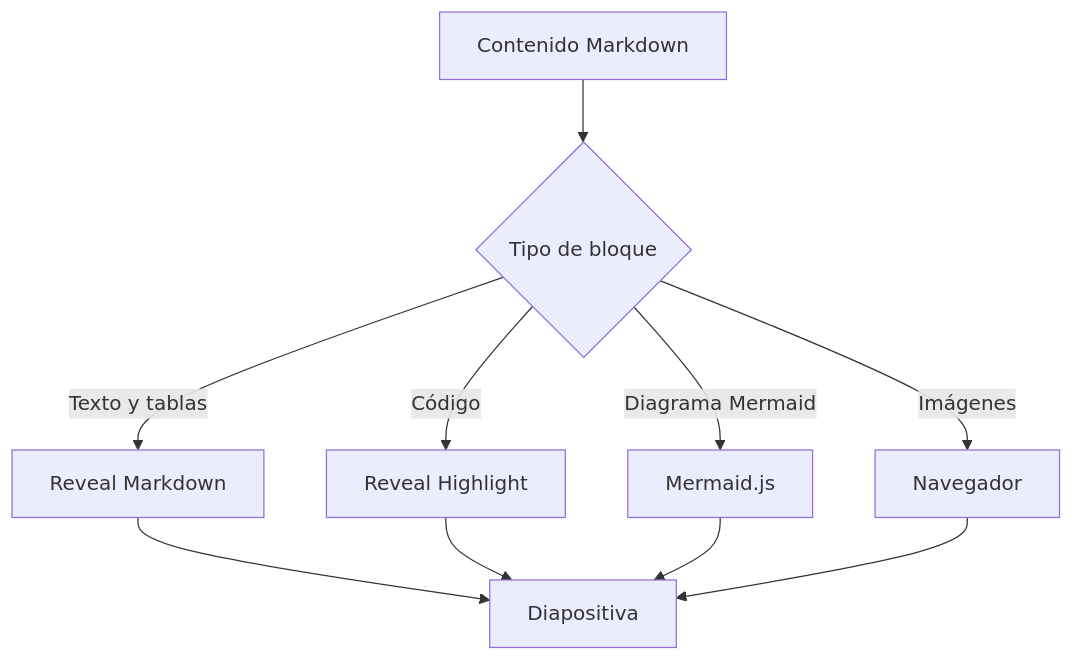
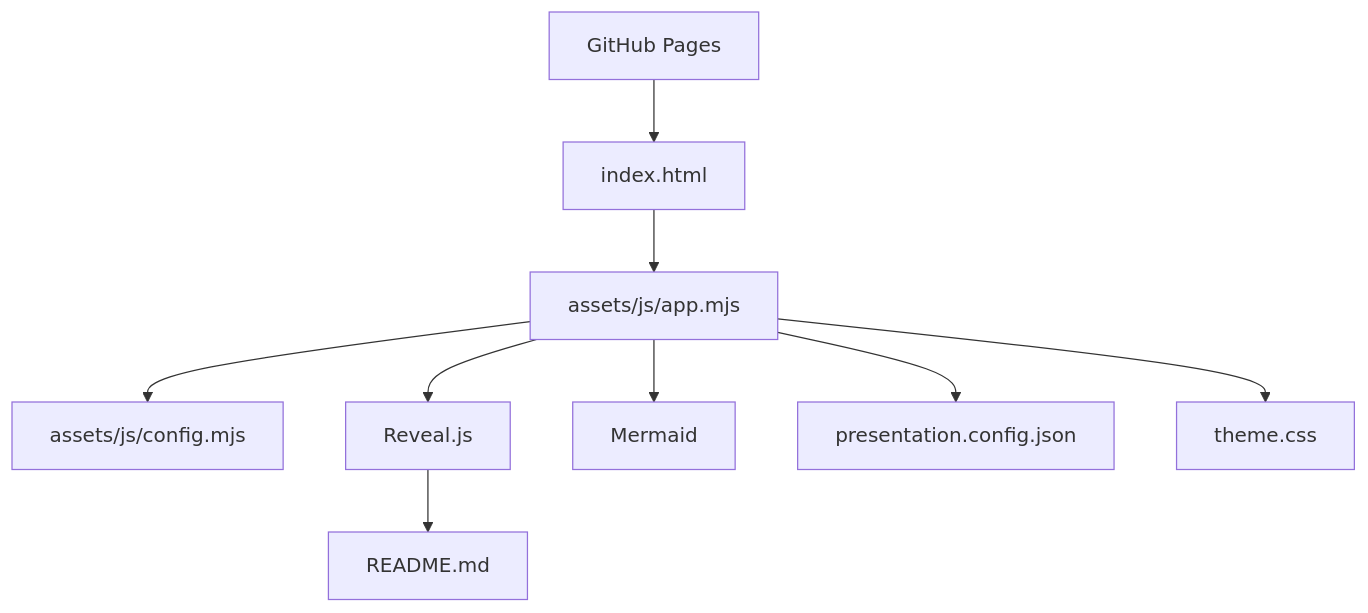
One commit to jorgektch/readme-to-slides changed the second of 4 diagrams in README.md. Above: the diagram before and after it, drawn with Mermaid. The commit also changed other lines of this file and 19 other files, not shown here.

````diff
--- a/README.md
+++ b/README.md
@@ -83,12 +106,11 @@
 ```mermaid
 flowchart TD
-    A["Contenido Markdown"] --> B{"Tipo de bloque"}
-    B -->|"Texto y tablas"| C["Reveal Markdown"]
-    B -->|"Código"| D["Reveal Highlight"]
-    B -->|"Diagrama Mermaid"| E["Mermaid.js"]
-    B -->|"Imágenes"| F["Navegador"]
-    C --> G["Diapositiva"]
-    D --> G
-    E --> G
-    F --> G
+    A["GitHub Pages"] --> B["index.html"]
+    B --> C["assets/js/app.mjs"]
+    C --> D["assets/js/config.mjs"]
+    C --> E["Reveal.js"]
+    E --> F["README.md"]
+    C --> G["Mermaid"]
+    C --> H["presentation.config.json"]
+    C --> I["theme.css"]
 ```
````
